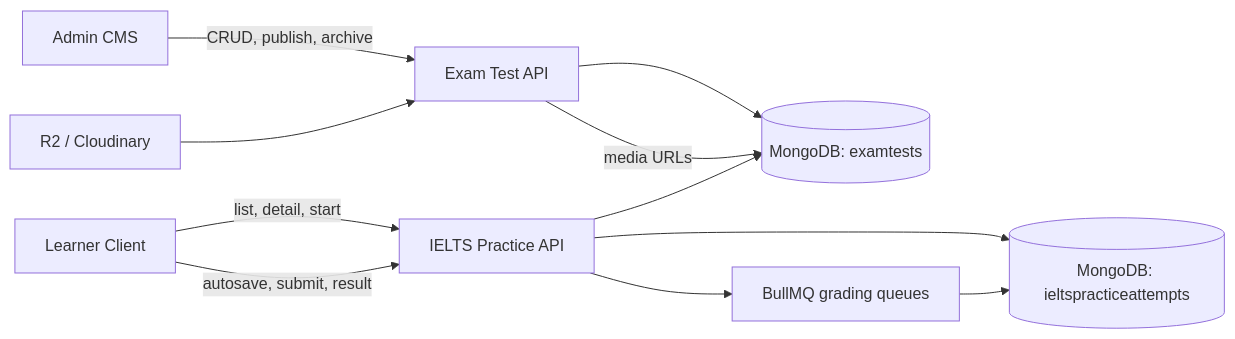
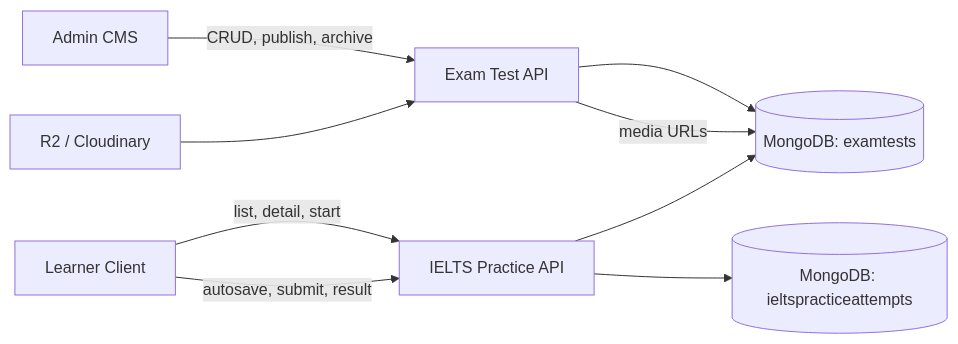
The diagram in docs/ielts-practice/README.md (nguyen-le-huy/unilish), drawn with Mermaid before and after one commit. The commit also changed other lines of this file and 128 other files, not shown here.

````diff
--- a/docs/ielts-practice/README.md
+++ b/docs/ielts-practice/README.md
@@ -80,13 +80,11 @@
 ```mermaid
 flowchart LR
     A["Admin CMS"] -->|CRUD, publish, archive| B["Exam Test API"]
     B --> C[("MongoDB: examtests")]
     L["Learner Client"] -->|list, detail, start| P["IELTS Practice API"]
     L -->|autosave, submit, result| P
     P --> C
     P --> D[("MongoDB: ieltspracticeattempts")]
-    P --> Q["BullMQ grading queues"]
-    Q --> D
     M["R2 / Cloudinary"] --> B
     B -->|media URLs| C
 ```
````
